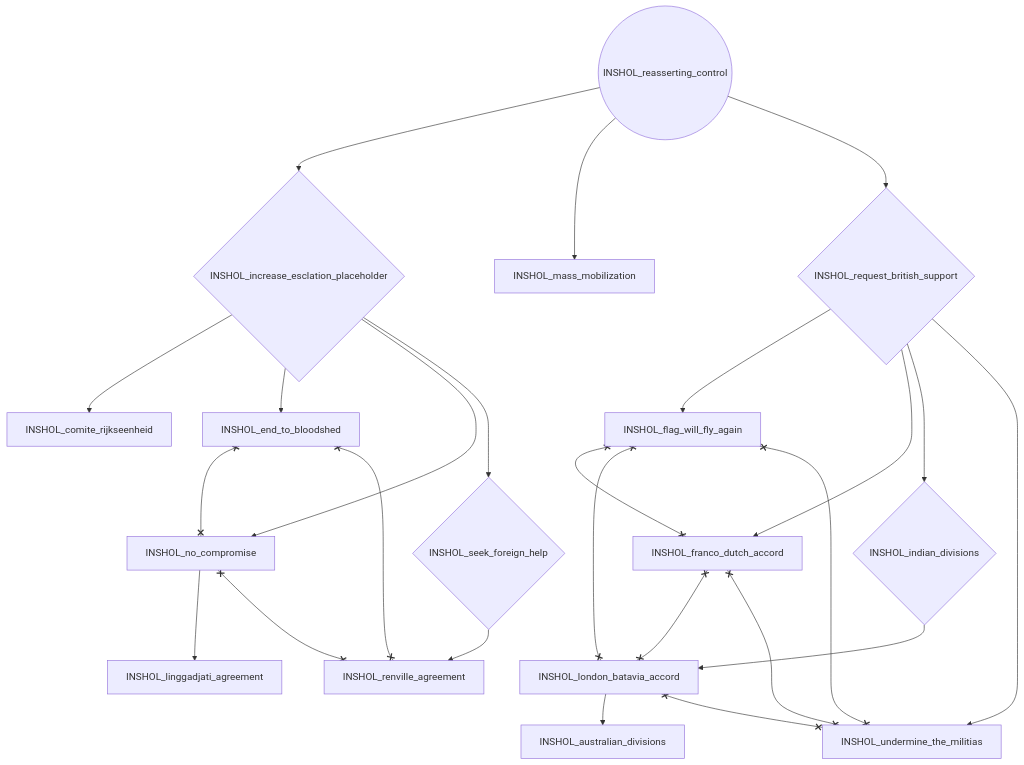
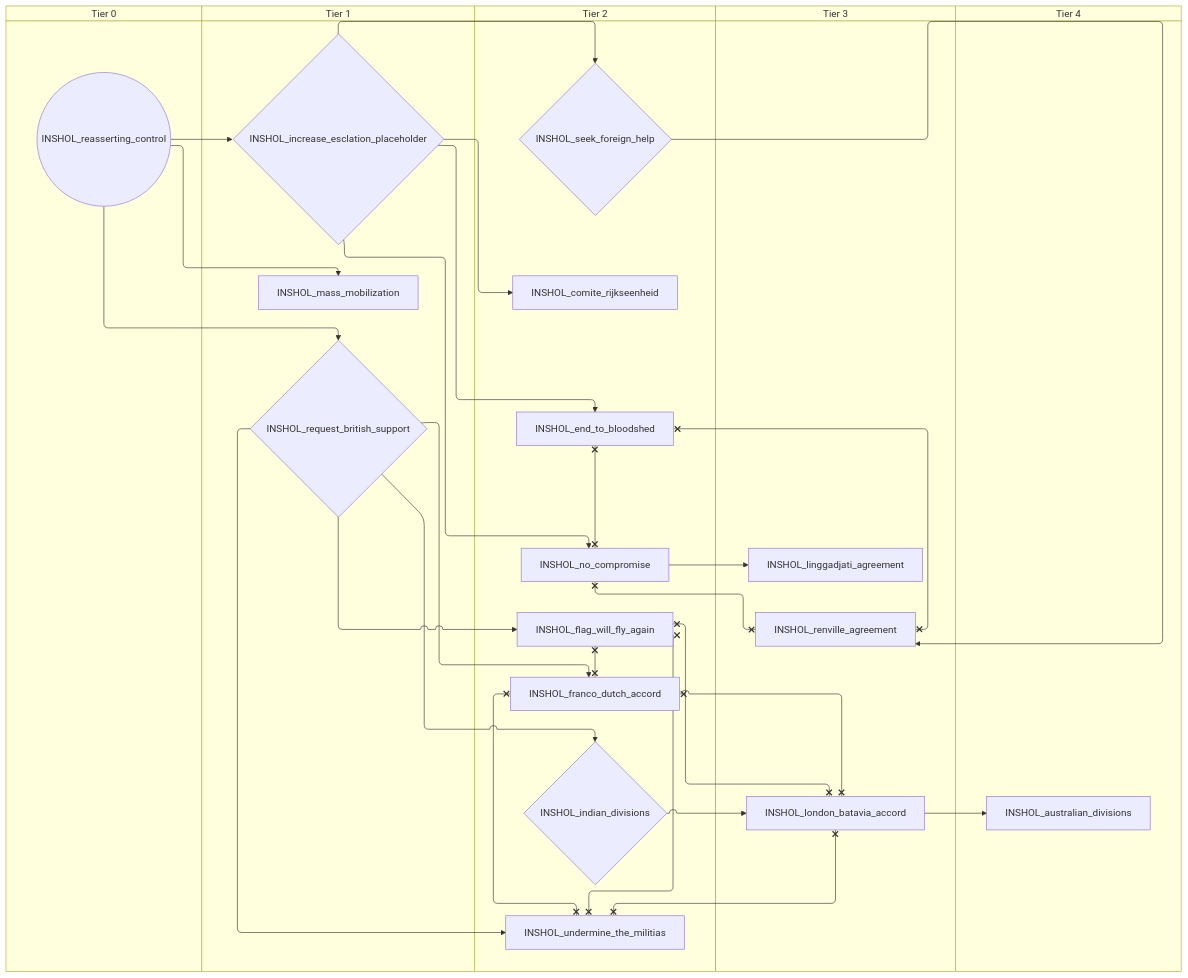
Before and after one commit to evgeny-sobol/hoi4-sandbox-mode-r56: the first of 2 diagrams in docs/gdd/National Focuses/r56/indonesia_joint.md, drawn with Mermaid. The commit also changed other lines of this file and 423 other files, not shown here.

First line of the commit message:
Re-export Rt56 focus trees as swimlane diagrams

````diff
--- a/docs/gdd/National Focuses/r56/indonesia_joint.md
+++ b/docs/gdd/National Focuses/r56/indonesia_joint.md
@@ -3,43 +3,53 @@
 ```mermaid
-flowchart TD
-    n1["INSHOL_australian_divisions"]
-    n2["INSHOL_comite_rijkseenheid"]
-    n3["INSHOL_end_to_bloodshed"]
-    n4["INSHOL_flag_will_fly_again"]
-    n5["INSHOL_franco_dutch_accord"]
-    n6{"INSHOL_increase_esclation_placeholder"}
-    n7{"INSHOL_indian_divisions"}
-    n8["INSHOL_linggadjati_agreement"]
-    n9["INSHOL_london_batavia_accord"]
-    n10["INSHOL_mass_mobilization"]
-    n11["INSHOL_no_compromise"]
-    n12(("INSHOL_reasserting_control"))
-    n13["INSHOL_renville_agreement"]
-    n14{"INSHOL_request_british_support"}
-    n15{"INSHOL_seek_foreign_help"}
-    n16["INSHOL_undermine_the_militias"]
-    n9 --> n1
-    n6 --> n2
-    n6 --> n3
-    n14 --> n4
-    n14 --> n5
-    n12 --> n6
-    n14 --> n7
-    n11 --> n8
-    n7 --> n9
-    n12 --> n10
-    n6 --> n11
-    n15 --> n13
-    n12 --> n14
-    n6 --> n15
+swimlane-beta TD
+    subgraph tier_0["Tier 0"]
+        n1(("INSHOL_reasserting_control"))
+    end
+    subgraph tier_1["Tier 1"]
+        n2{"INSHOL_increase_esclation_placeholder"}
+        n3["INSHOL_mass_mobilization"]
+        n4{"INSHOL_request_british_support"}
+    end
+    subgraph tier_2["Tier 2"]
+        n5["INSHOL_comite_rijkseenheid"]
+        n6["INSHOL_end_to_bloodshed"]
+        n7["INSHOL_flag_will_fly_again"]
+        n8["INSHOL_franco_dutch_accord"]
+        n9{"INSHOL_indian_divisions"}
+        n10["INSHOL_no_compromise"]
+        n11{"INSHOL_seek_foreign_help"}
+        n12["INSHOL_undermine_the_militias"]
+    end
+    subgraph tier_3["Tier 3"]
+        n13["INSHOL_linggadjati_agreement"]
+        n14["INSHOL_london_batavia_accord"]
+        n15["INSHOL_renville_agreement"]
+    end
+    subgraph tier_4["Tier 4"]
+        n16["INSHOL_australian_divisions"]
+    end
     n14 --> n16
-    n3 x--x n11
-    n3 x--x n13
-    n4 x--x n5
-    n4 x--x n9
-    n4 x--x n16
-    n5 x--x n9
-    n5 x--x n16
-    n9 x--x n16
-    n11 x--x n13
+    n2 --> n5
+    n2 --> n6
+    n4 --> n7
+    n4 --> n8
+    n1 --> n2
+    n4 --> n9
+    n10 --> n13
+    n9 --> n14
+    n1 --> n3
+    n2 --> n10
+    n11 --> n15
+    n1 --> n4
+    n2 --> n11
+    n4 --> n12
+    n6 x--x n10
+    n6 x--x n15
+    n7 x--x n8
+    n7 x--x n14
+    n7 x--x n12
+    n8 x--x n14
+    n8 x--x n12
+    n14 x--x n12
+    n10 x--x n15
 ```
````
